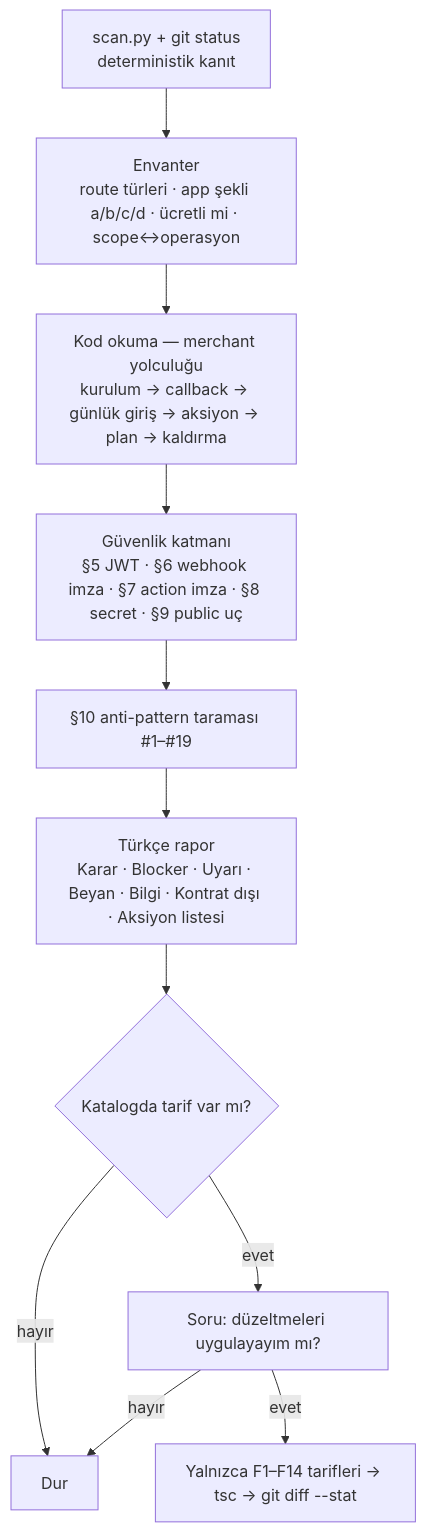
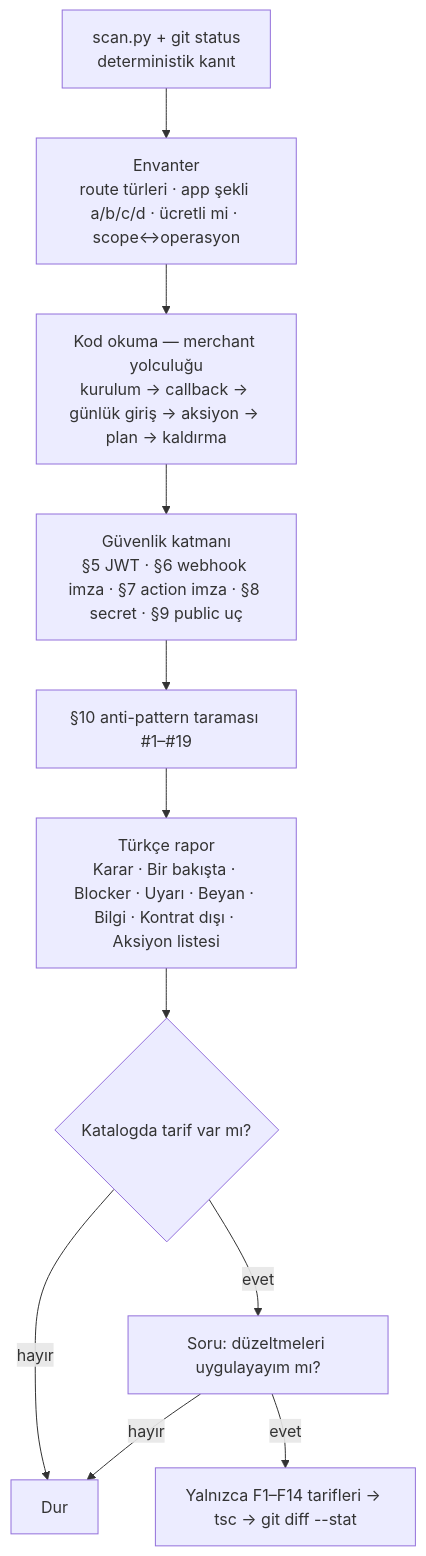
The first of 2 diagrams in README.md (ikascom/ikas-app-skills), drawn with Mermaid before and after one commit. The commit also changed other lines of this file and 2 other files, not shown here.

````diff
--- a/README.md
+++ b/README.md
@@ -54,13 +55,13 @@
 ```mermaid
 flowchart TD
     A[scan.py + git status<br/>deterministik kanıt] --> B[Envanter<br/>route türleri · app şekli a/b/c/d · ücretli mi · scope↔operasyon]
     B --> C[Kod okuma — merchant yolculuğu<br/>kurulum → callback → günlük giriş → aksiyon → plan → kaldırma]
     C --> D[Güvenlik katmanı<br/>§5 JWT · §6 webhook imza · §7 action imza · §8 secret · §9 public uç]
     D --> E[§10 anti-pattern taraması #1–#19]
-    E --> F[Türkçe rapor<br/>Karar · Blocker · Uyarı · Beyan · Bilgi · Kontrat dışı · Aksiyon listesi]
+    E --> F[Türkçe rapor<br/>Karar · Bir bakışta · Blocker · Uyarı · Beyan · Bilgi · Kontrat dışı · Aksiyon listesi]
     F --> G{Katalogda tarif var mı?}
     G -- hayır --> H[Dur]
     G -- evet --> I[Soru: düzeltmeleri uygulayayım mı?]
     I -- hayır --> H
     I -- evet --> J[Yalnızca F1–F14 tarifleri → tsc → git diff --stat]
 ```
````
